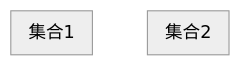
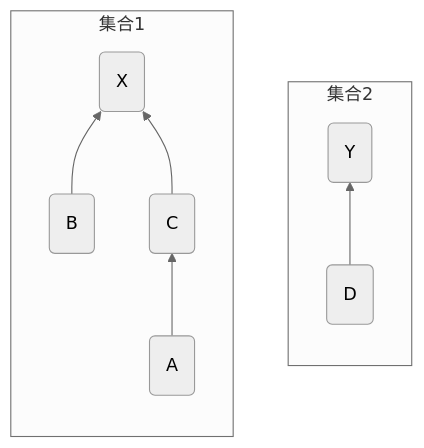
Before and after one commit to dmjcb/dmjcb.github.io: the third of 8 diagrams in _posts/DataStructures/Graph/2021-10-06-并查集与最小生成树.md, drawn with Mermaid (neutral theme). The commit also changed other lines of this file and 122 other files, not shown here.

Commit message:
修复图形显示BUG

````diff
--- a/_posts/DataStructures/Graph/2021-10-06-并查集与最小生成树.md
+++ b/_posts/DataStructures/Graph/2021-10-06-并查集与最小生成树.md
@@ -58,10 +59,14 @@
 ```mermaid
 graph BT;
     subgraph 集合2
     direction BT
+        d(D)-->y(Y)
     end
 
     subgraph 集合1
     direction BT
+        a(A)-->c(C)
+        b(B)-->x(X)
+        c(C)-->x(X)
     end
 ```
````
